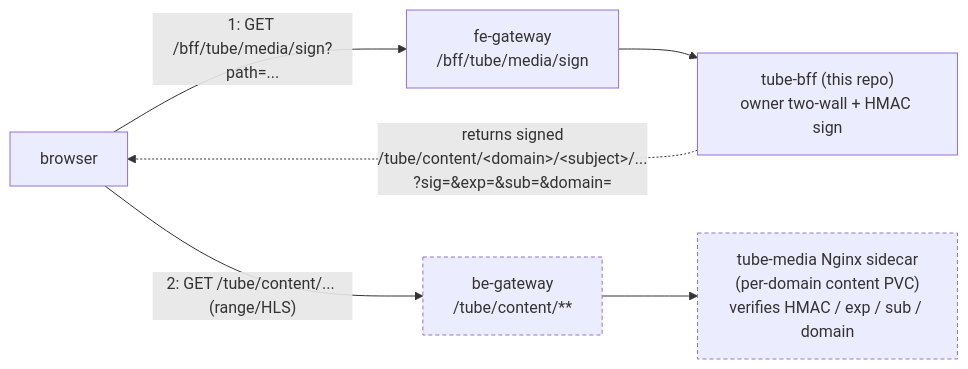
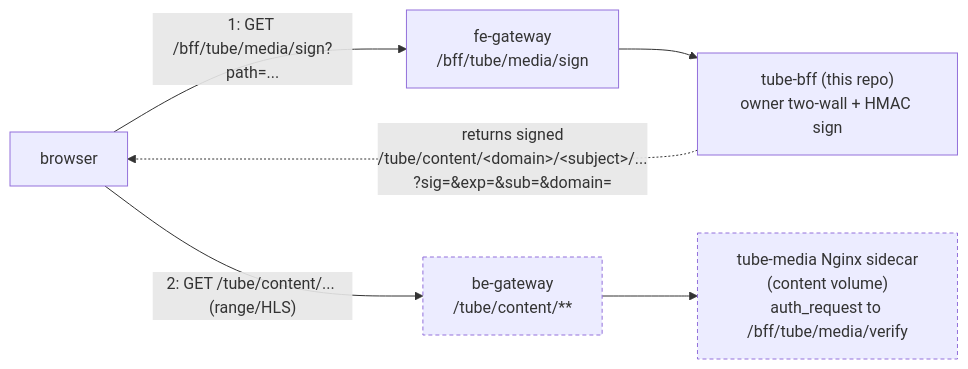
Before and after one commit to hugmesh/hugmesh-tube-bff-api: the second of 3 diagrams in README.md, drawn with Mermaid. The commit also changed other lines of this file, not shown here.

Commit message:
docs: drop wrong generator PR provenance, fix stale sidecar diagram label, reword downloader CronJob status

````diff
--- a/README.md
+++ b/README.md
@@ -110,15 +110,15 @@
 ```mermaid
 flowchart LR
     browser["browser"]
     fe["fe-gateway<br/>/bff/tube/media/sign"]
     bff["tube-bff (this repo)<br/>owner two-wall + HMAC sign"]
     be["be-gateway<br/>/tube/content/**"]
-    sidecar["tube-media Nginx sidecar<br/>(per-domain content PVC)<br/>verifies HMAC / exp / sub / domain"]
+    sidecar["tube-media Nginx sidecar<br/>(content volume)<br/>auth_request to /bff/tube/media/verify"]
 
     browser -->|"1: GET /bff/tube/media/sign?path=..."| fe --> bff
     bff -.->|"returns signed<br/>/tube/content/&lt;domain&gt;/&lt;subject&gt;/...<br/>?sig=&amp;exp=&amp;sub=&amp;domain="| browser
     browser -->|"2: GET /tube/content/... (range/HLS)"| be --> sidecar
 
     classDef external stroke-dasharray:4 3
     class be,sidecar external
 ```
````
